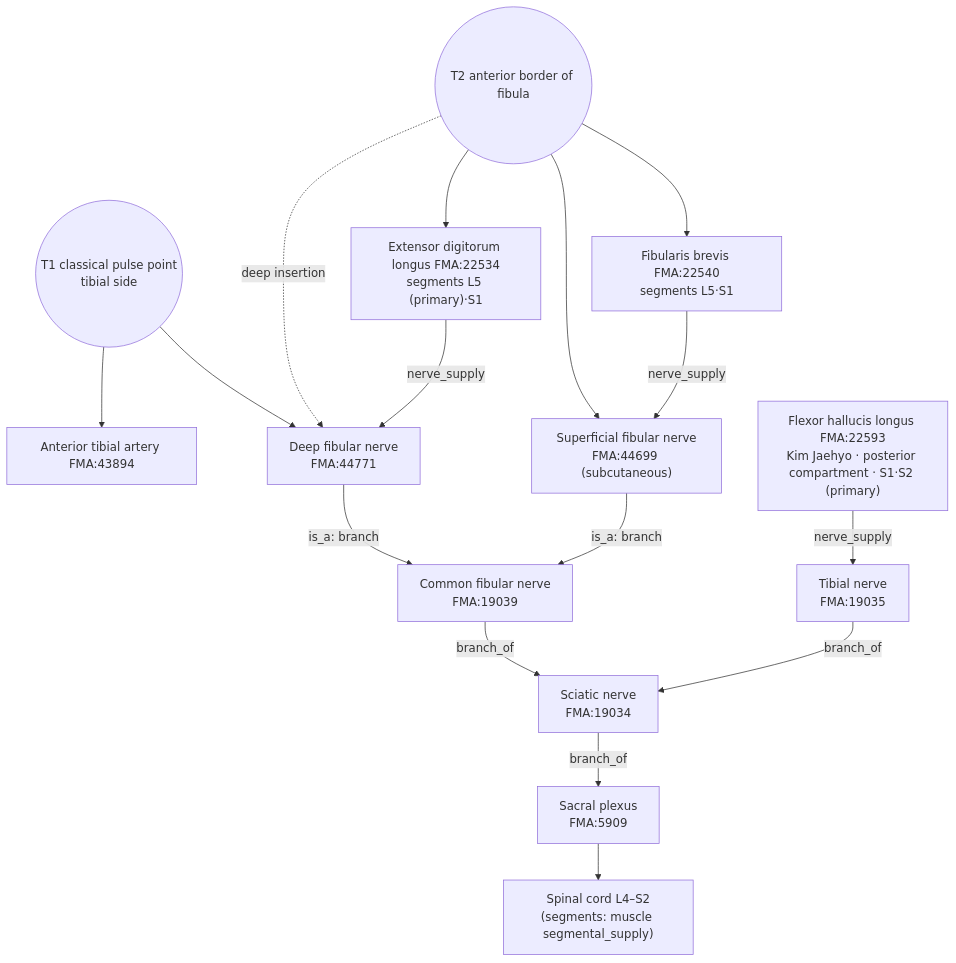
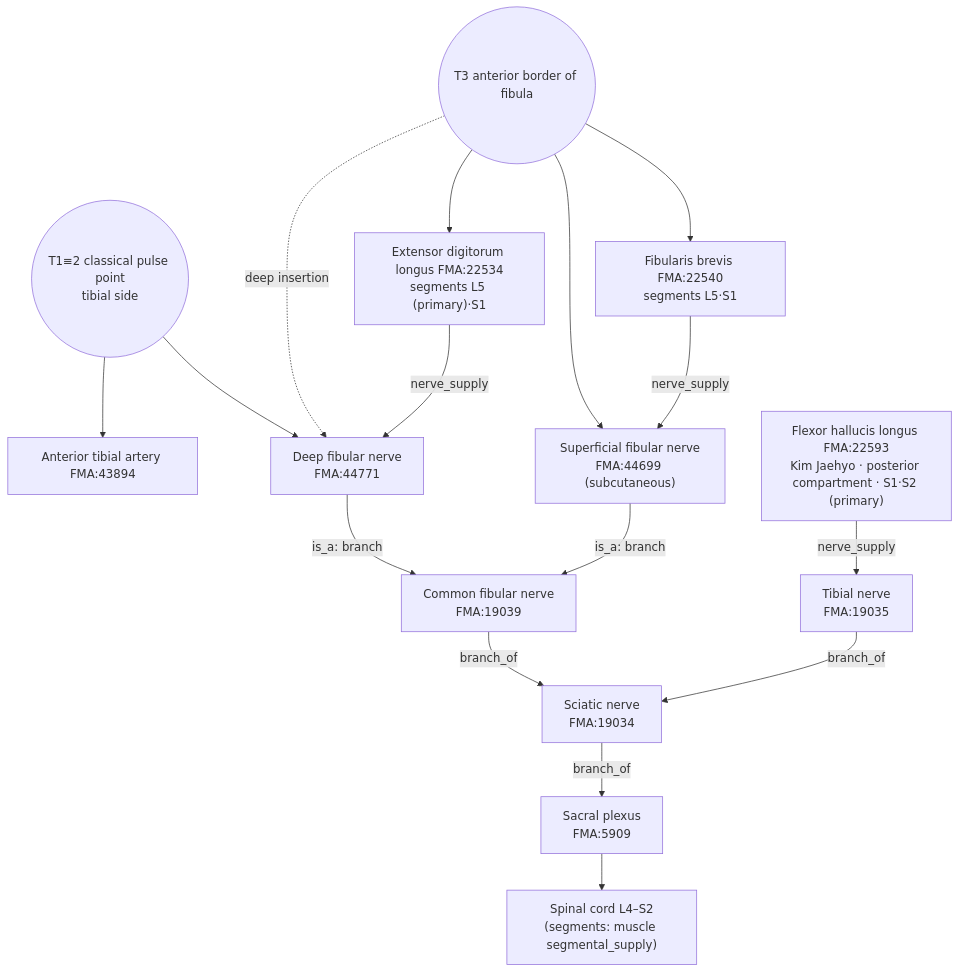
The diagram in 01_경혈별_해부생리_분석보고서/GB_족소양담경/GB39_현종/GB39_현종_해부생리_실체판명_보고서_en.md (jaehyokim-sketch/acupoint_anatomy), drawn with Mermaid before and after one commit. The commit also changed other lines of this file and 60 other files, not shown here.

````diff
--- a/01_경혈별_해부생리_분석보고서/GB_족소양담경/GB39_현종/GB39_현종_해부생리_실체판명_보고서_en.md
+++ b/01_경혈별_해부생리_분석보고서/GB_족소양담경/GB39_현종/GB39_현종_해부생리_실체판명_보고서_en.md
@@ -271,18 +304,18 @@
 ```mermaid
 flowchart TB
-  T1(("T1 classical pulse point<br/>tibial side")) --> ATA["Anterior tibial artery FMA:43894"]
+  T1(("T1≡2 classical pulse point<br/>tibial side")) --> ATA["Anterior tibial artery FMA:43894"]
   T1 --> DFN["Deep fibular nerve<br/>FMA:44771"]
-  T2(("T2 anterior border of fibula")) --> SFN["Superficial fibular nerve<br/>FMA:44699 (subcutaneous)"]
+  T2(("T3 anterior border of fibula")) --> SFN["Superficial fibular nerve<br/>FMA:44699 (subcutaneous)"]
   T2 --> FB["Fibularis brevis FMA:22540<br/>segments L5·S1"]
   T2 --> EDL["Extensor digitorum longus FMA:22534<br/>segments L5 (primary)·S1"]
   T2 -. "deep insertion" .-> DFN
   EDL -- nerve_supply --> DFN
   FB -- nerve_supply --> SFN
   DFN -- "is_a: branch" --> CFN["Common fibular nerve<br/>FMA:19039"]
   SFN -- "is_a: branch" --> CFN
   CFN -- branch_of --> SCI["Sciatic nerve<br/>FMA:19034"]
   FHL["Flexor hallucis longus FMA:22593<br/>Kim Jaehyo · posterior compartment · S1·S2 (primary)"] -- nerve_supply --> TIB["Tibial nerve<br/>FMA:19035"]
   TIB -- branch_of --> SCI
   SCI -- branch_of --> SAC["Sacral plexus<br/>FMA:5909"]
   SAC --> SEG["Spinal cord L4–S2<br/>(segments: muscle segmental_supply)"]
 ```
````
